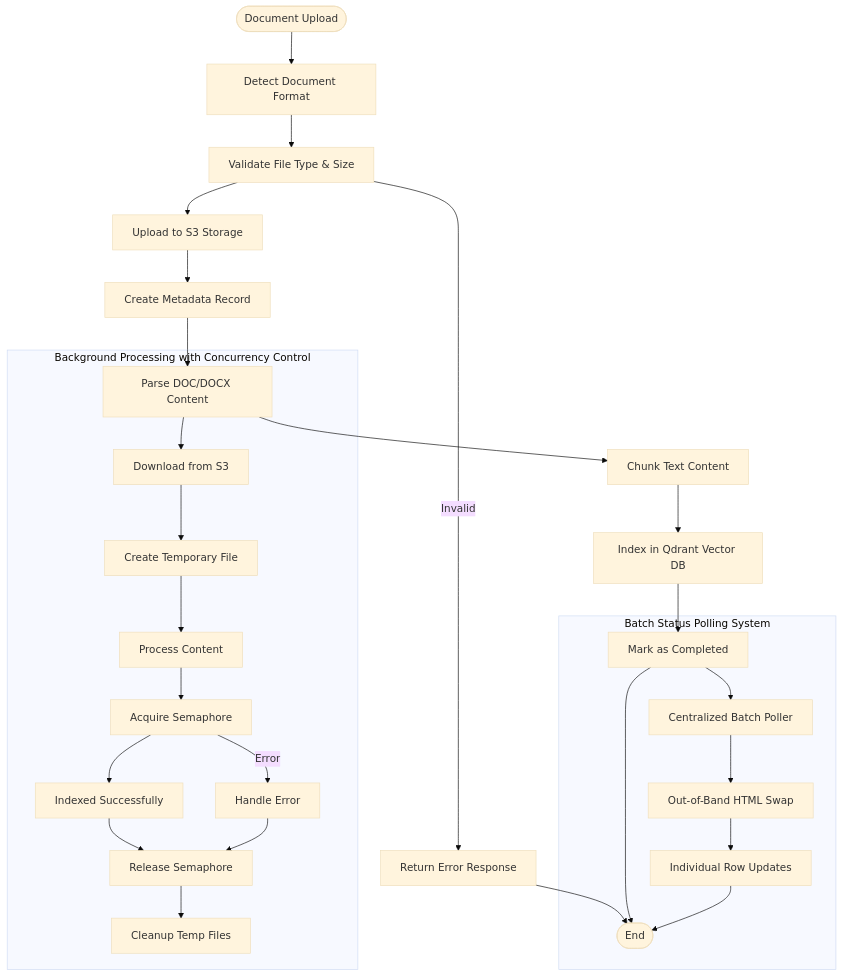
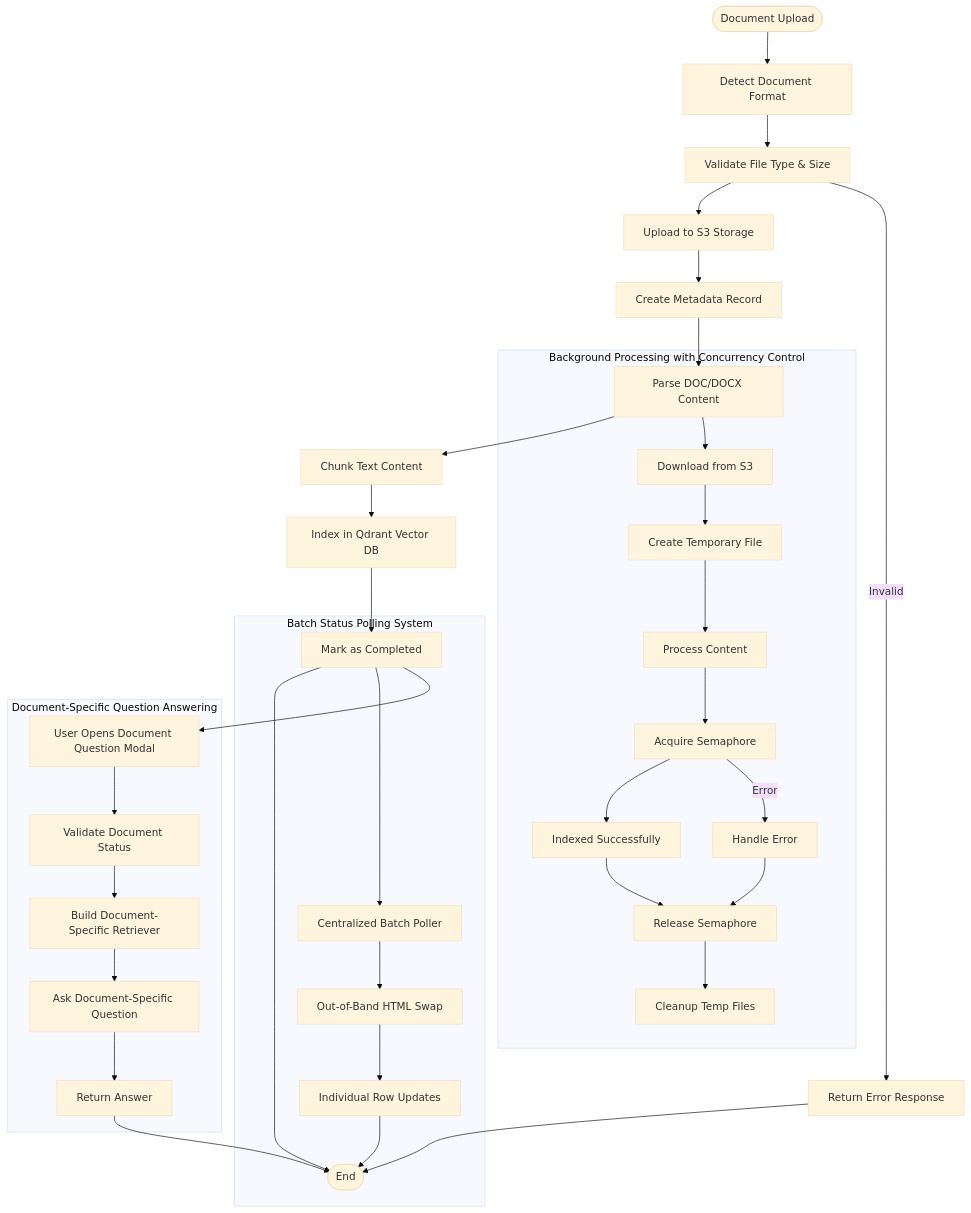
Before and after one commit to ognelis/cafetera_hr_bot: the fourth of 22 diagrams in .qoder/repowiki/en/content/Document Management System.md, drawn with Mermaid (base theme). The commit also changed other lines of this file and 6 other files, not shown here.

````diff
--- a/.qoder/repowiki/en/content/Document Management System.md
+++ b/.qoder/repowiki/en/content/Document Management System.md
@@ -277,31 +303,39 @@
 ```mermaid
 flowchart TD
 Start([Document Upload]) --> DetectFormat[Detect Document Format]
 DetectFormat --> Validate[Validate File Type & Size]
 Validate --> Upload[Upload to S3 Storage]
 Upload --> CreateMeta[Create Metadata Record]
 CreateMeta --> Parse[Parse DOC/DOCX Content]
 Parse --> Chunk[Chunk Text Content]
 Chunk --> Index[Index in Qdrant Vector DB]
 Index --> Complete[Mark as Completed]
 Validate --> |Invalid| Error[Return Error Response]
 Error --> End([End])
 Complete --> End
 subgraph "Background Processing with Concurrency Control"
 Parse --> Download[Download from S3]
 Download --> TempFile[Create Temporary File]
 TempFile --> Process[Process Content]
 Process --> Semaphore[Acquire Semaphore]
 Semaphore --> Indexed[Indexed Successfully]
 Semaphore --> |Error| Failed[Handle Error]
 Indexed --> Release[Release Semaphore]
 Failed --> Release
 Release --> Cleanup[Cleanup Temp Files]
 end
 subgraph "Batch Status Polling System"
 Complete --> BatchPoller[Centralized Batch Poller]
 BatchPoller --> OOBSwap[Out-of-Band HTML Swap]
 OOBSwap --> StatusUpdate[Individual Row Updates]
 StatusUpdate --> End
 end
+subgraph "Document-Specific Question Answering"
+Complete --> DocQuestion[User Opens Document Question Modal]
+DocQuestion --> ValidateDoc[Validate Document Status]
+ValidateDoc --> BuildDocRetriever[Build Document-Specific Retriever]
+BuildDocRetriever --> AskDocQA[Ask Document-Specific Question]
+AskDocQA --> ReturnAnswer[Return Answer]
+ReturnAnswer --> End
+end
 ```
````
